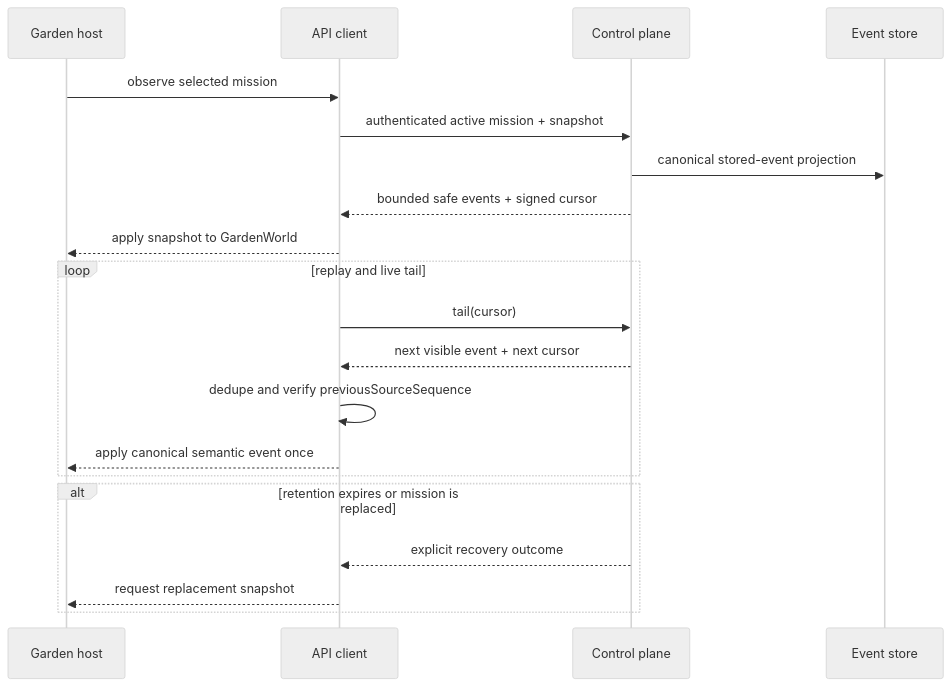
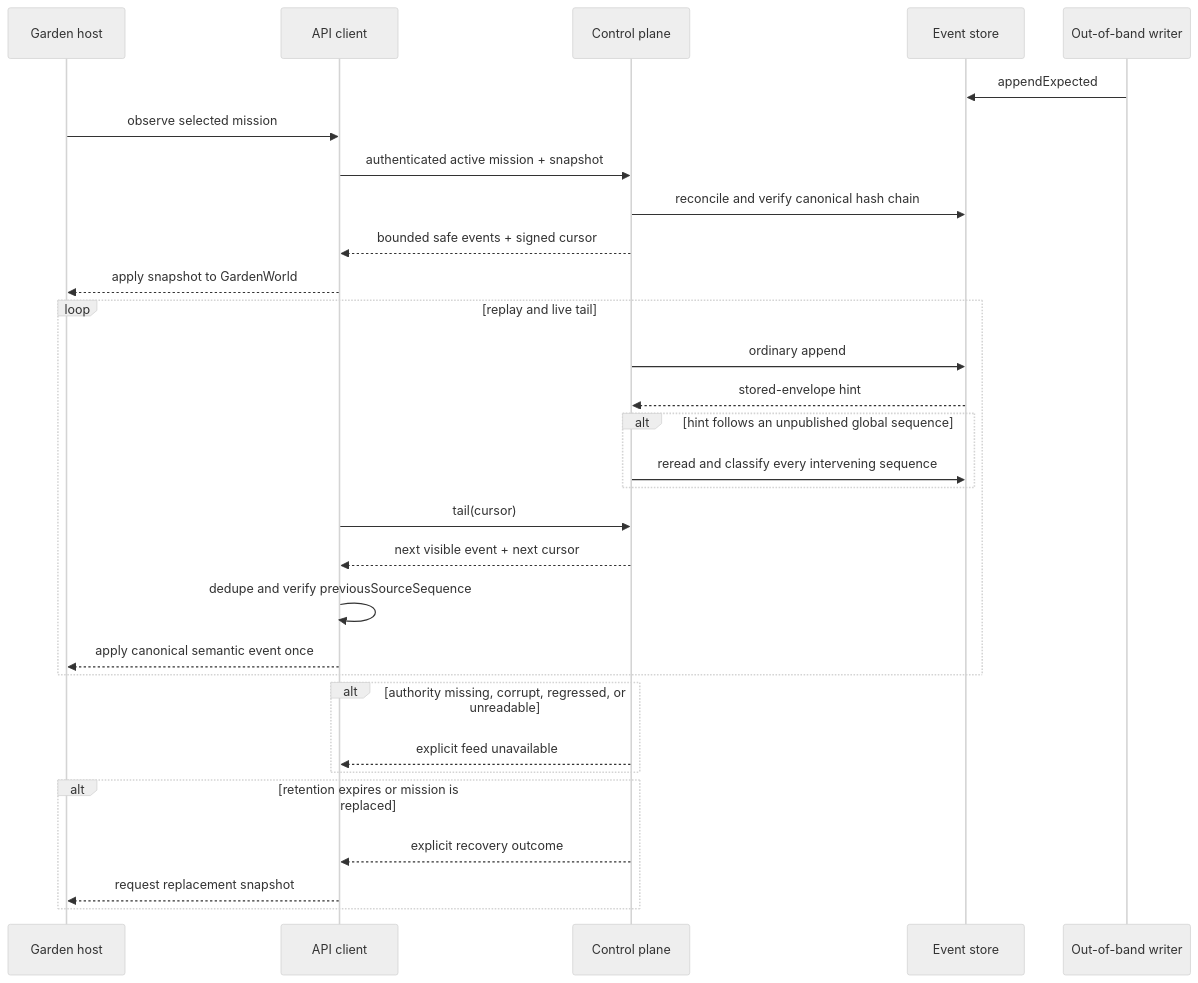
One commit to Volpestyle/clankie changed the diagram in docs/adr/0038-authenticated-mission-event-feed.md. Above: the diagram before and after it, drawn with Mermaid (neutral theme). The commit also changed other lines of this file and 6 other files, not shown here.

Commit message:
fix(control-plane): reconcile mission feed authority

````diff
--- a/docs/adr/0038-authenticated-mission-event-feed.md
+++ b/docs/adr/0038-authenticated-mission-event-feed.md
@@ -77,22 +89,32 @@
 ```mermaid
 sequenceDiagram
     participant G as Garden host
     participant C as API client
     participant P as Control plane
     participant E as Event store
+    participant O as Out-of-band writer
+    O->>E: appendExpected
     G->>C: observe selected mission
     C->>P: authenticated active mission + snapshot
-    P->>E: canonical stored-event projection
+    P->>E: reconcile and verify canonical hash chain
     P-->>C: bounded safe events + signed cursor
     C-->>G: apply snapshot to GardenWorld
     loop replay and live tail
+      P->>E: ordinary append
+      E-->>P: stored-envelope hint
+      alt hint follows an unpublished global sequence
+        P->>E: reread and classify every intervening sequence
+      end
       C->>P: tail(cursor)
       P-->>C: next visible event + next cursor
       C->>C: dedupe and verify previousSourceSequence
       C-->>G: apply canonical semantic event once
+    end
+    alt authority missing, corrupt, regressed, or unreadable
+      P-->>C: explicit feed unavailable
     end
     alt retention expires or mission is replaced
       P-->>C: explicit recovery outcome
       C-->>G: request replacement snapshot
     end
 ```
````
